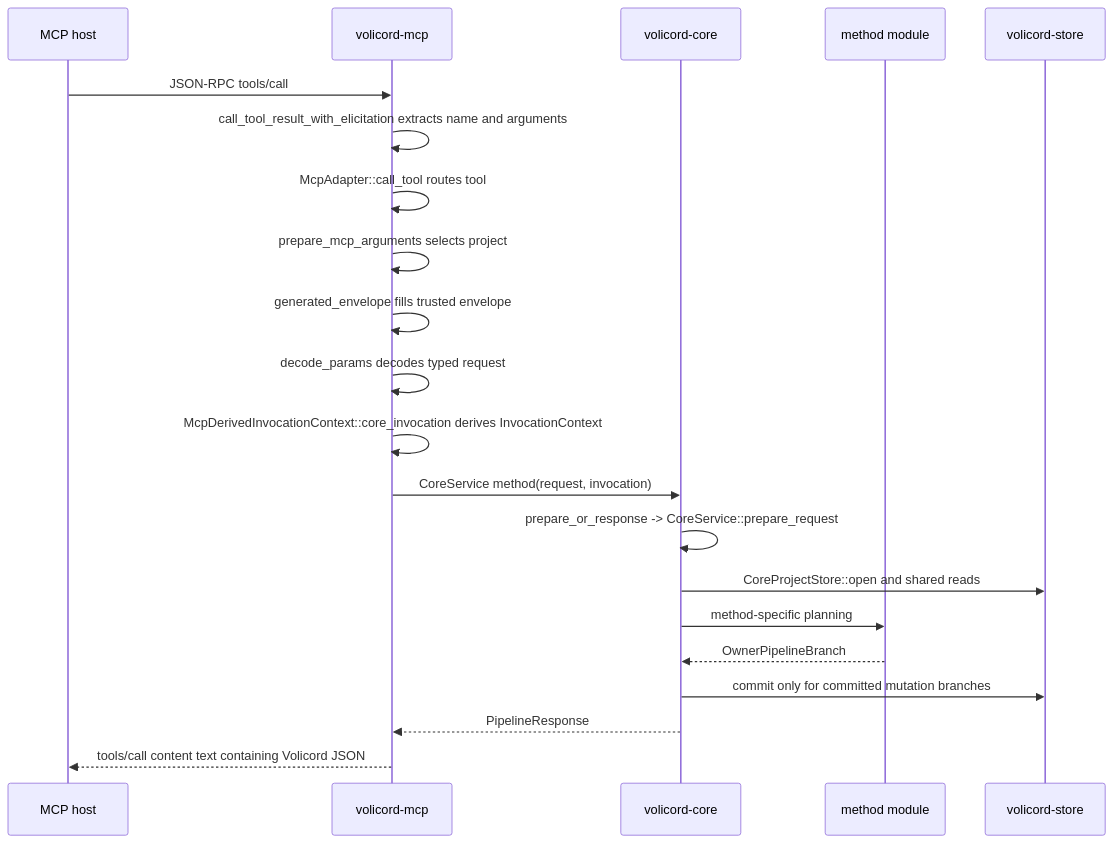
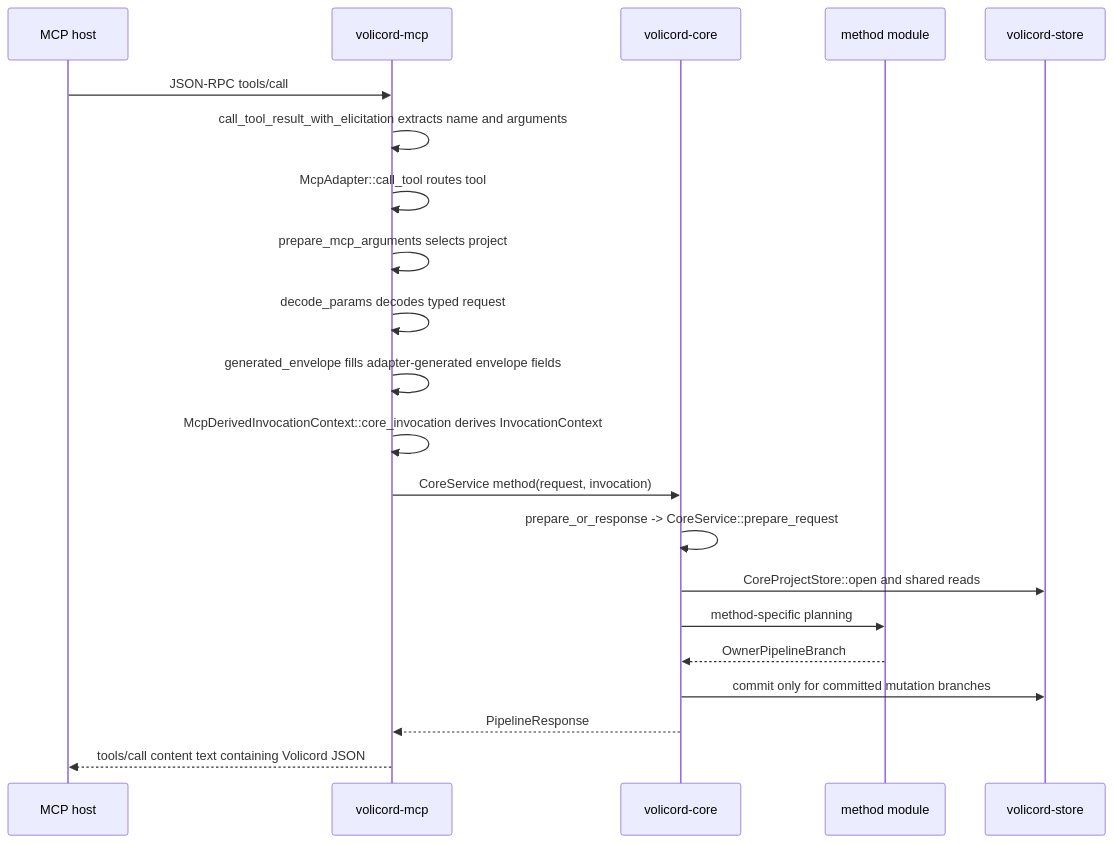
One commit to minjungw00/Volicord changed the diagram in docs/en/architecture-guide/request-lifecycle.md. Above: the diagram before and after it, drawn with Mermaid. The commit also changed other lines of this file and 24 other files, not shown here.

Commit message:
docs: align architecture guide with source layout

````diff
--- a/docs/en/architecture-guide/request-lifecycle.md
+++ b/docs/en/architecture-guide/request-lifecycle.md
@@ -41,24 +42,24 @@
 ```mermaid
 sequenceDiagram
   participant Host as MCP host
   participant MCP as volicord-mcp
   participant Core as volicord-core
   participant Method as method module
   participant Store as volicord-store
 
   Host->>MCP: JSON-RPC tools/call
   MCP->>MCP: call_tool_result_with_elicitation extracts name and arguments
   MCP->>MCP: McpAdapter::call_tool routes tool
   MCP->>MCP: prepare_mcp_arguments selects project
-  MCP->>MCP: generated_envelope fills trusted envelope
   MCP->>MCP: decode_params decodes typed request
+  MCP->>MCP: generated_envelope fills adapter-generated envelope fields
   MCP->>MCP: McpDerivedInvocationContext::core_invocation derives InvocationContext
   MCP->>Core: CoreService method(request, invocation)
   Core->>Core: prepare_or_response -> CoreService::prepare_request
   Core->>Store: CoreProjectStore::open and shared reads
   Core->>Method: method-specific planning
   Method-->>Core: OwnerPipelineBranch
   Core->>Store: commit only for committed mutation branches
   Core-->>MCP: PipelineResponse
   MCP-->>Host: tools/call content text containing Volicord JSON
 ```
````
